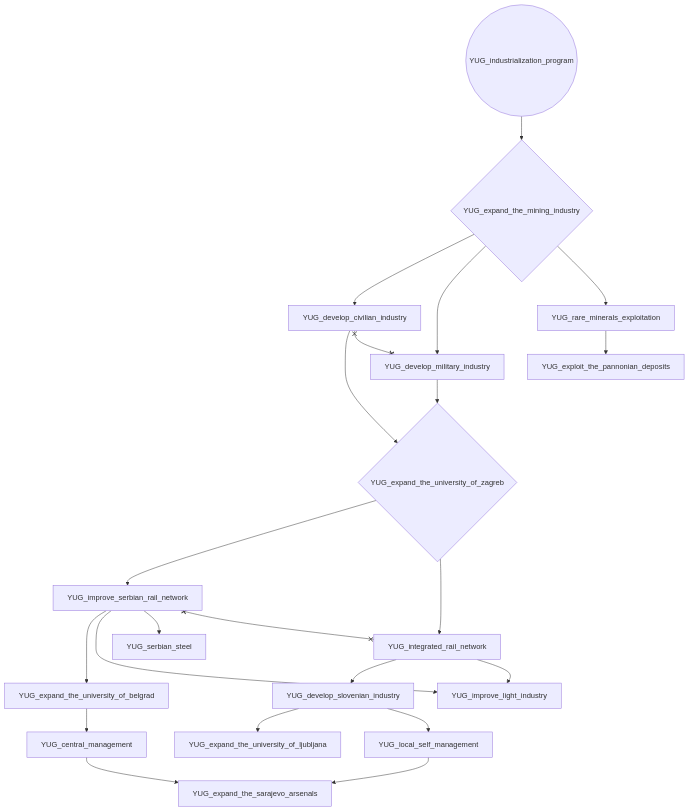
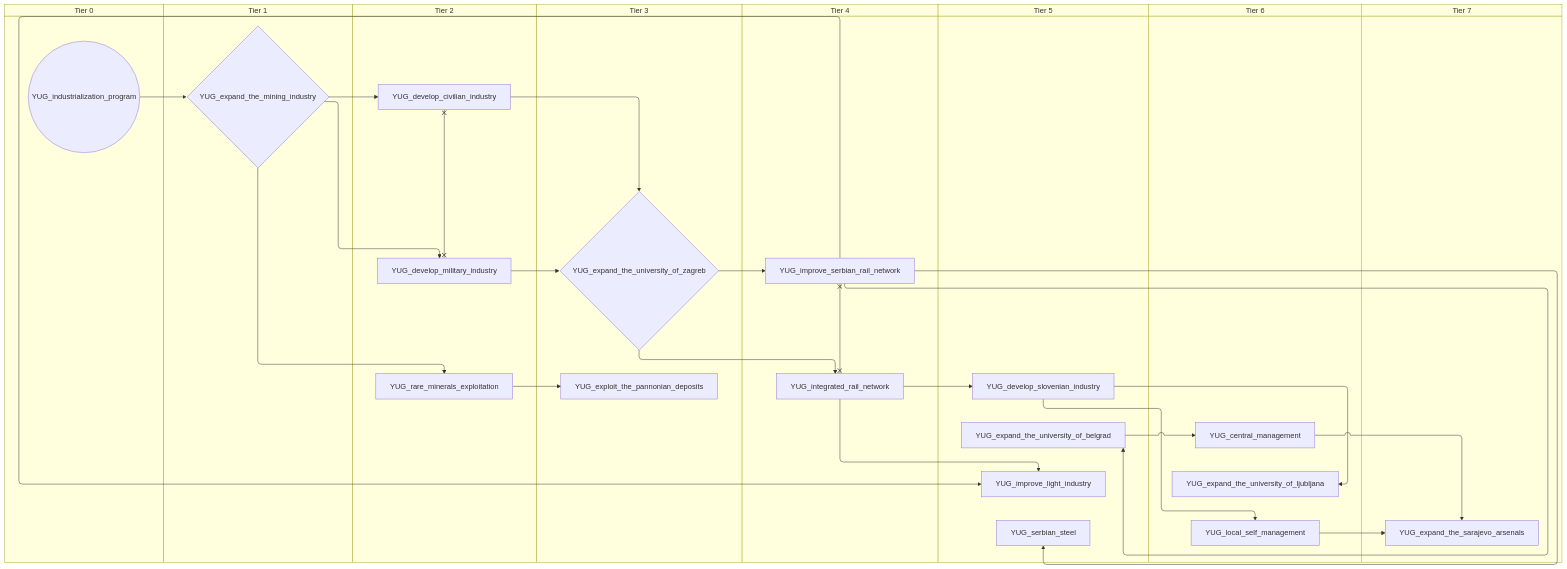
The fourth of 7 diagrams in docs/gdd/National Focuses/yugoslavia.md (evgeny-sobol/hoi4-sandbox-mode), drawn with Mermaid before and after one commit. The commit also changed other lines of this file and 80 other files, not shown here.

First line of the commit message:
Add swimlane mode to focus graph exporter

````diff
--- a/docs/gdd/National Focuses/yugoslavia.md
+++ b/docs/gdd/National Focuses/yugoslavia.md
@@ -89,41 +115,57 @@
 ```mermaid
-flowchart TD
-    n29["YUG_central_management"]
-    n30["YUG_develop_civilian_industry"]
-    n31["YUG_develop_military_industry"]
-    n32["YUG_develop_slovenian_industry"]
-    n33{"YUG_expand_the_mining_industry"}
-    n34["YUG_expand_the_sarajevo_arsenals"]
-    n35["YUG_expand_the_university_of_belgrad"]
-    n36["YUG_expand_the_university_of_ljubljana"]
-    n37{"YUG_expand_the_university_of_zagreb"}
-    n38["YUG_exploit_the_pannonian_deposits"]
-    n39["YUG_improve_light_industry"]
-    n40["YUG_improve_serbian_rail_network"]
-    n41(("YUG_industrialization_program"))
-    n42["YUG_integrated_rail_network"]
-    n43["YUG_local_self_management"]
-    n44["YUG_rare_minerals_exploitation"]
-    n45["YUG_serbian_steel"]
-    n35 --> n29
-    n33 --> n30
-    n33 --> n31
-    n42 --> n32
-    n41 --> n33
-    n43 --> n34
-    n29 --> n34
-    n40 --> n35
-    n32 --> n36
-    n30 --> n37
-    n31 --> n37
-    n44 --> n38
-    n42 --> n39
-    n40 --> n39
+swimlane-beta TD
+    subgraph tier_0["Tier 0"]
+        n29(("YUG_industrialization_program"))
+    end
+    subgraph tier_1["Tier 1"]
+        n30{"YUG_expand_the_mining_industry"}
+    end
+    subgraph tier_2["Tier 2"]
+        n31["YUG_develop_civilian_industry"]
+        n32["YUG_develop_military_industry"]
+        n33["YUG_rare_minerals_exploitation"]
+    end
+    subgraph tier_3["Tier 3"]
+        n34{"YUG_expand_the_university_of_zagreb"}
+        n35["YUG_exploit_the_pannonian_deposits"]
+    end
+    subgraph tier_4["Tier 4"]
+        n36["YUG_improve_serbian_rail_network"]
+        n37["YUG_integrated_rail_network"]
+    end
+    subgraph tier_5["Tier 5"]
+        n38["YUG_develop_slovenian_industry"]
+        n39["YUG_expand_the_university_of_belgrad"]
+        n40["YUG_improve_light_industry"]
+        n41["YUG_serbian_steel"]
+    end
+    subgraph tier_6["Tier 6"]
+        n42["YUG_central_management"]
+        n43["YUG_expand_the_university_of_ljubljana"]
+        n44["YUG_local_self_management"]
+    end
+    subgraph tier_7["Tier 7"]
+        n45["YUG_expand_the_sarajevo_arsenals"]
+    end
+    n39 --> n42
+    n30 --> n31
+    n30 --> n32
+    n37 --> n38
+    n29 --> n30
+    n44 --> n45
+    n42 --> n45
+    n36 --> n39
+    n38 --> n43
+    n31 --> n34
+    n32 --> n34
+    n33 --> n35
     n37 --> n40
-    n37 --> n42
-    n32 --> n43
-    n33 --> n44
-    n40 --> n45
-    n30 x--x n31
-    n40 x--x n42
+    n36 --> n40
+    n34 --> n36
+    n34 --> n37
+    n38 --> n44
+    n30 --> n33
+    n36 --> n41
+    n31 x--x n32
+    n36 x--x n37
 ```
````
